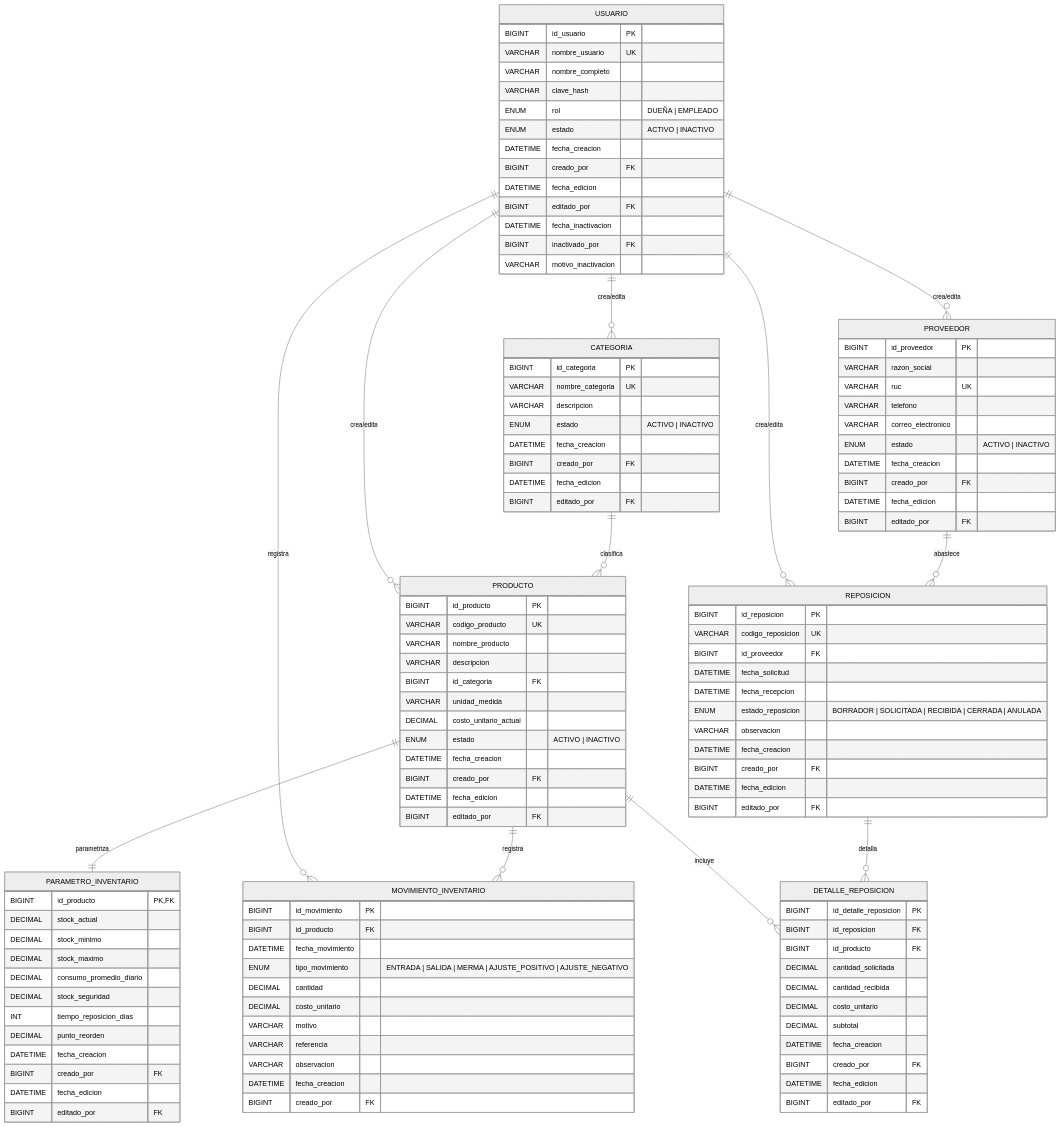
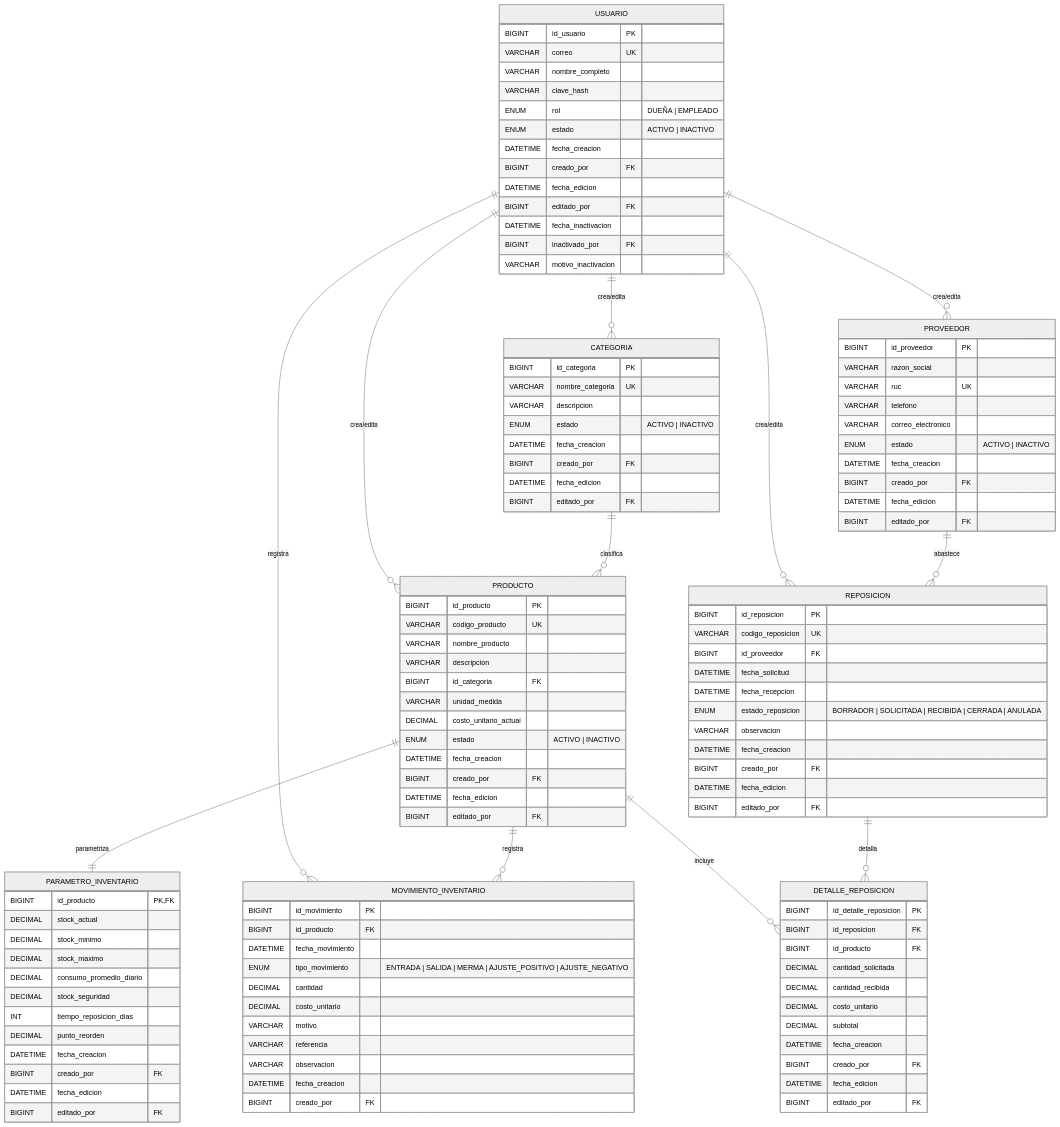
Before and after one commit to Espiritu16/judo-apifast-backend: the first of 2 diagrams in README.md, drawn with Mermaid (neutral theme). The commit also changed 6 other files, not shown here.

```diff
--- a/README.md
+++ b/README.md
@@ -182,7 +182,7 @@
 erDiagram
     USUARIO {
         BIGINT id_usuario PK
-        VARCHAR nombre_usuario UK
+        VARCHAR correo UK
         VARCHAR nombre_completo
         VARCHAR clave_hash
         ENUM rol "DUEÑA | EMPLEADO"
```
